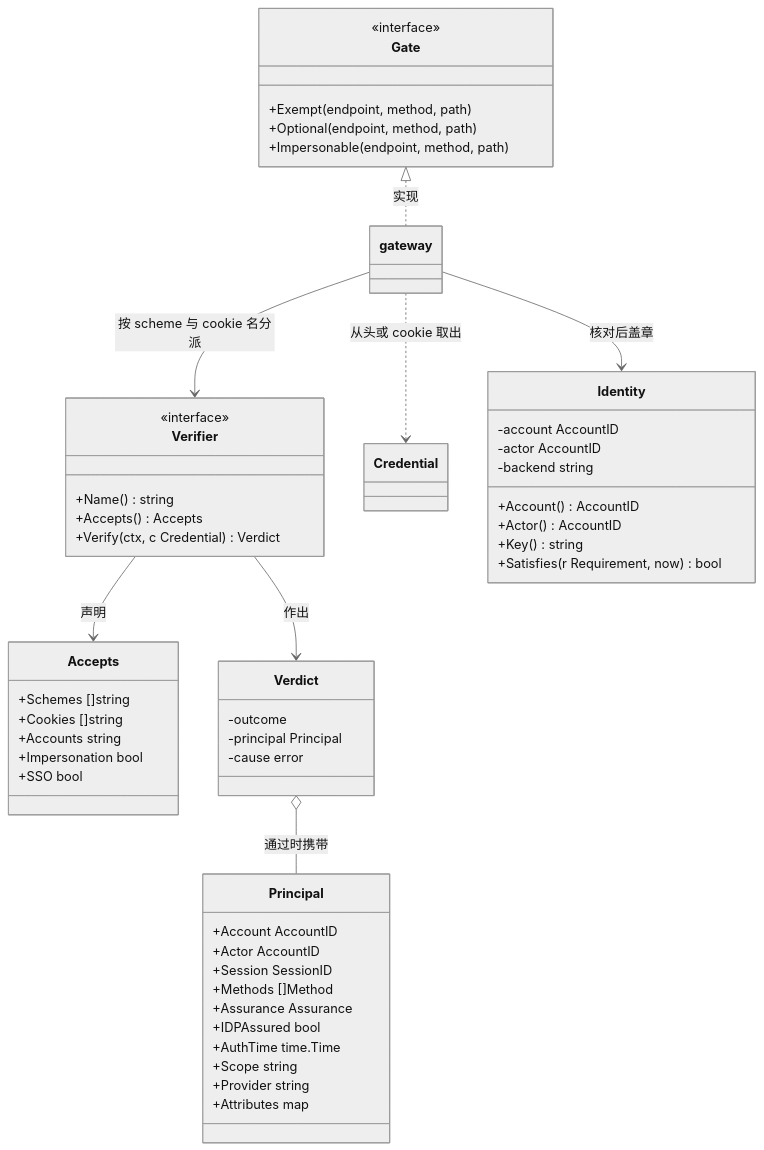
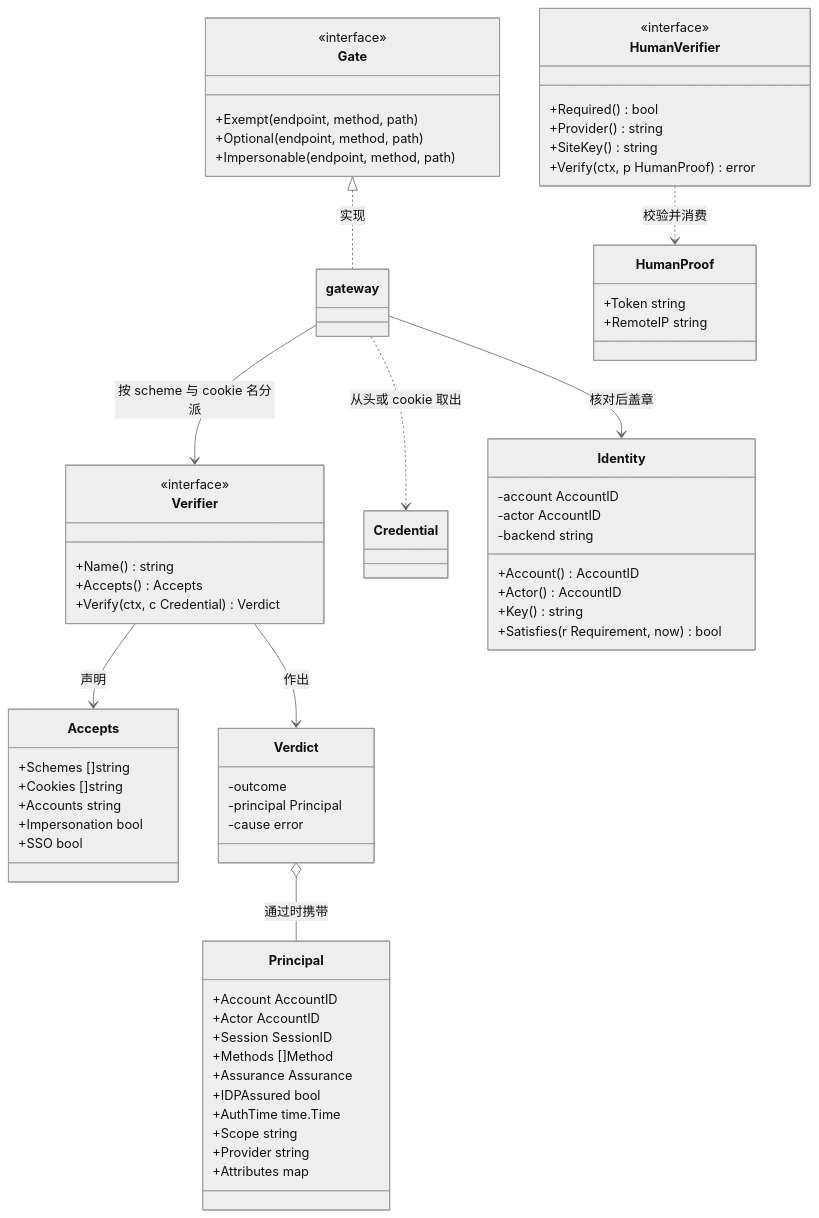
One commit to wangzw/speed changed the first of 3 diagrams in docs/design/modules/authn/design-authn.md. Above: the diagram before and after it, drawn with Mermaid (neutral theme). The commit also changed other lines of this file and 5 other files, not shown here.

````diff
--- a/docs/design/modules/authn/design-authn.md
+++ b/docs/design/modules/authn/design-authn.md
@@ -344,57 +347,69 @@
 ```mermaid
 classDiagram
     class Gate {
         <<interface>>
         +Exempt(endpoint, method, path)
         +Optional(endpoint, method, path)
         +Impersonable(endpoint, method, path)
     }
     class Verifier {
         <<interface>>
         +Name() string
         +Accepts() Accepts
         +Verify(ctx, c Credential) Verdict
     }
     class Accepts {
         +Schemes []string
         +Cookies []string
         +Accounts string
         +Impersonation bool
         +SSO bool
     }
     class Credential
     class Verdict {
         -outcome
         -principal Principal
         -cause error
     }
     class Principal {
         +Account AccountID
         +Actor AccountID
         +Session SessionID
         +Methods []Method
         +Assurance Assurance
         +IDPAssured bool
         +AuthTime time.Time
         +Scope string
         +Provider string
         +Attributes map
     }
     class Identity {
         -account AccountID
         -actor AccountID
         -backend string
         +Account() AccountID
         +Actor() AccountID
         +Key() string
         +Satisfies(r Requirement, now) bool
     }
     class gateway
+    class HumanVerifier {
+        <<interface>>
+        +Required() bool
+        +Provider() string
+        +SiteKey() string
+        +Verify(ctx, p HumanProof) error
+    }
+    class HumanProof {
+        +Token string
+        +RemoteIP string
+    }
     Gate <|.. gateway : 实现
     Verifier --> Accepts : 声明
     Verifier --> Verdict : 作出
     Verdict o-- Principal : 通过时携带
     gateway --> Verifier : 按 scheme 与 cookie 名分派
     gateway ..> Credential : 从头或 cookie 取出
     gateway --> Identity : 核对后盖章
+    HumanVerifier ..> HumanProof : 校验并消费
 ```
````
